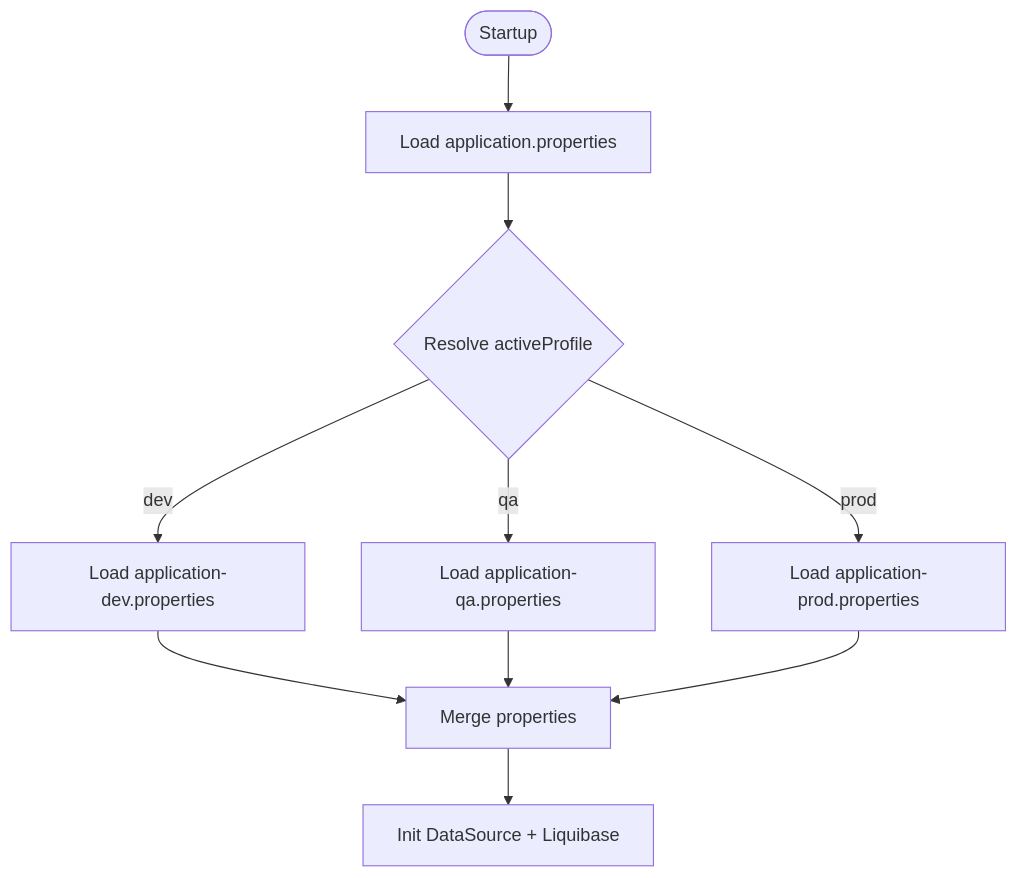
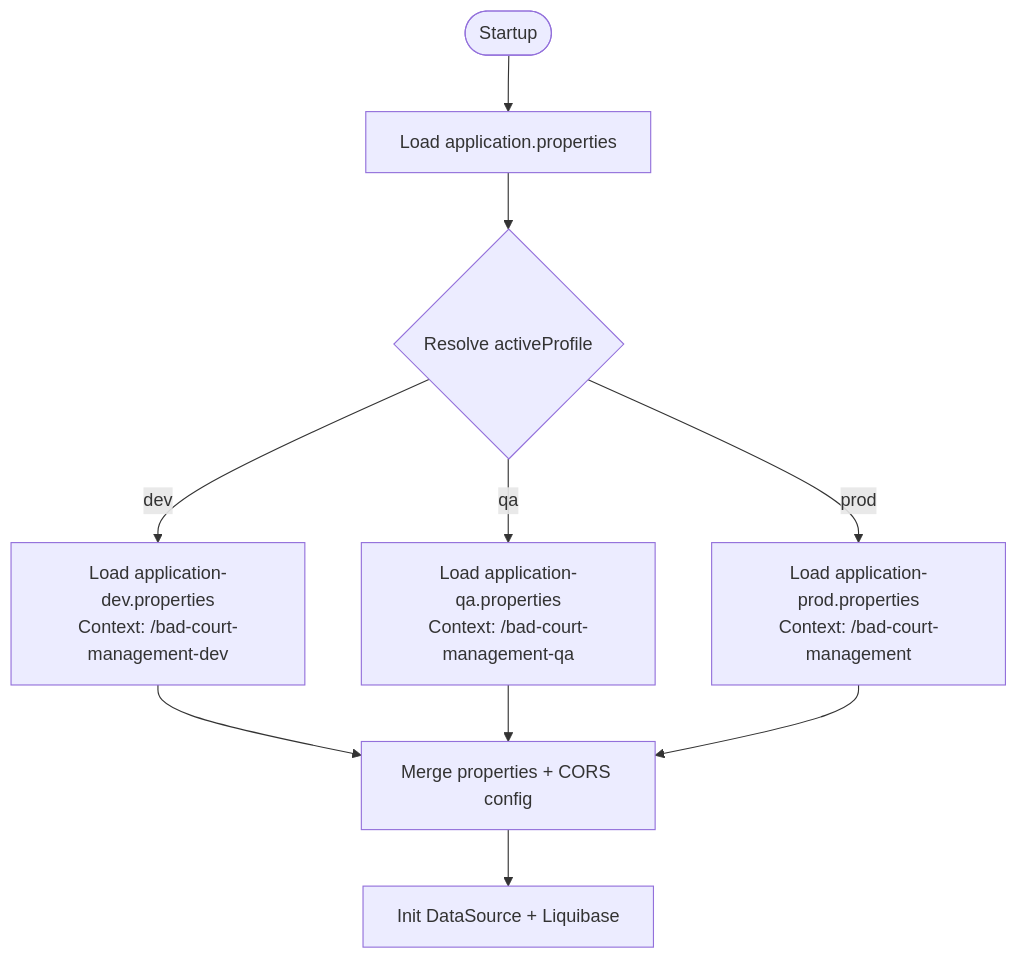
The fourth of 10 diagrams in .qoder/repowiki/en/content/Deployment & Operations.md (Vissel/badminton-court-management), drawn with Mermaid before and after one commit. The commit also changed other lines of this file and 36 other files, not shown here.

````diff
--- a/.qoder/repowiki/en/content/Deployment & Operations.md
+++ b/.qoder/repowiki/en/content/Deployment & Operations.md
@@ -170,12 +197,12 @@
 ```mermaid
 flowchart TD
 Start(["Startup"]) --> LoadCommon["Load application.properties"]
 LoadCommon --> ResolveProfile{"Resolve activeProfile"}
-ResolveProfile --> |dev| LoadDev["Load application-dev.properties"]
-ResolveProfile --> |qa| LoadQa["Load application-qa.properties"]
-ResolveProfile --> |prod| LoadProd["Load application-prod.properties"]
-LoadDev --> Merge["Merge properties"]
+ResolveProfile --> |dev| LoadDev["Load application-dev.properties<br/>Context: /bad-court-management-dev"]
+ResolveProfile --> |qa| LoadQa["Load application-qa.properties<br/>Context: /bad-court-management-qa"]
+ResolveProfile --> |prod| LoadProd["Load application-prod.properties<br/>Context: /bad-court-management"]
+LoadDev --> Merge["Merge properties + CORS config"]
 LoadQa --> Merge
 LoadProd --> Merge
 Merge --> InitDB["Init DataSource + Liquibase"]
 ```
````
